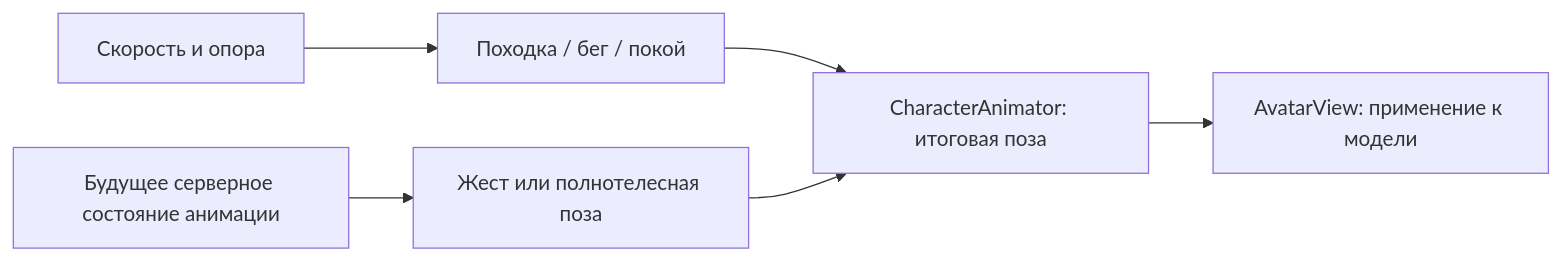
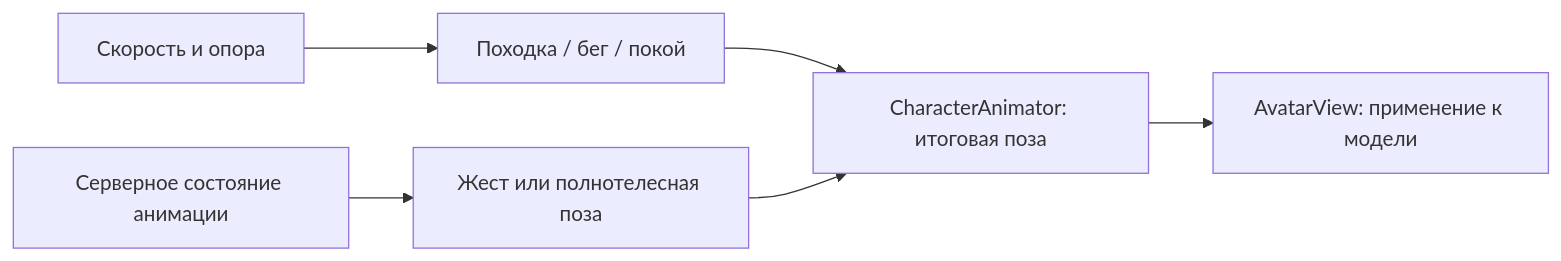
One commit to ftagn-superior/syktyvkar-underground changed the diagram in docs/character-animation.md. Above: the diagram before and after it, drawn with Mermaid. The commit also changed other lines of this file and 30 other files, not shown here.

````diff
--- a/docs/character-animation.md
+++ b/docs/character-animation.md
@@ -80,8 +82,8 @@
 ```mermaid
 flowchart LR
     MOTION["Скорость и опора"] --> LOCOMOTION["Походка / бег / покой"]
-    PLAYBACK["Будущее серверное состояние анимации"] --> ACTION["Жест или полнотелесная поза"]
+    PLAYBACK["Серверное состояние анимации"] --> ACTION["Жест или полнотелесная поза"]
     LOCOMOTION --> ANIMATOR["CharacterAnimator: итоговая поза"]
     ACTION --> ANIMATOR
     ANIMATOR --> AVATAR["AvatarView: применение к модели"]
 ```
````
